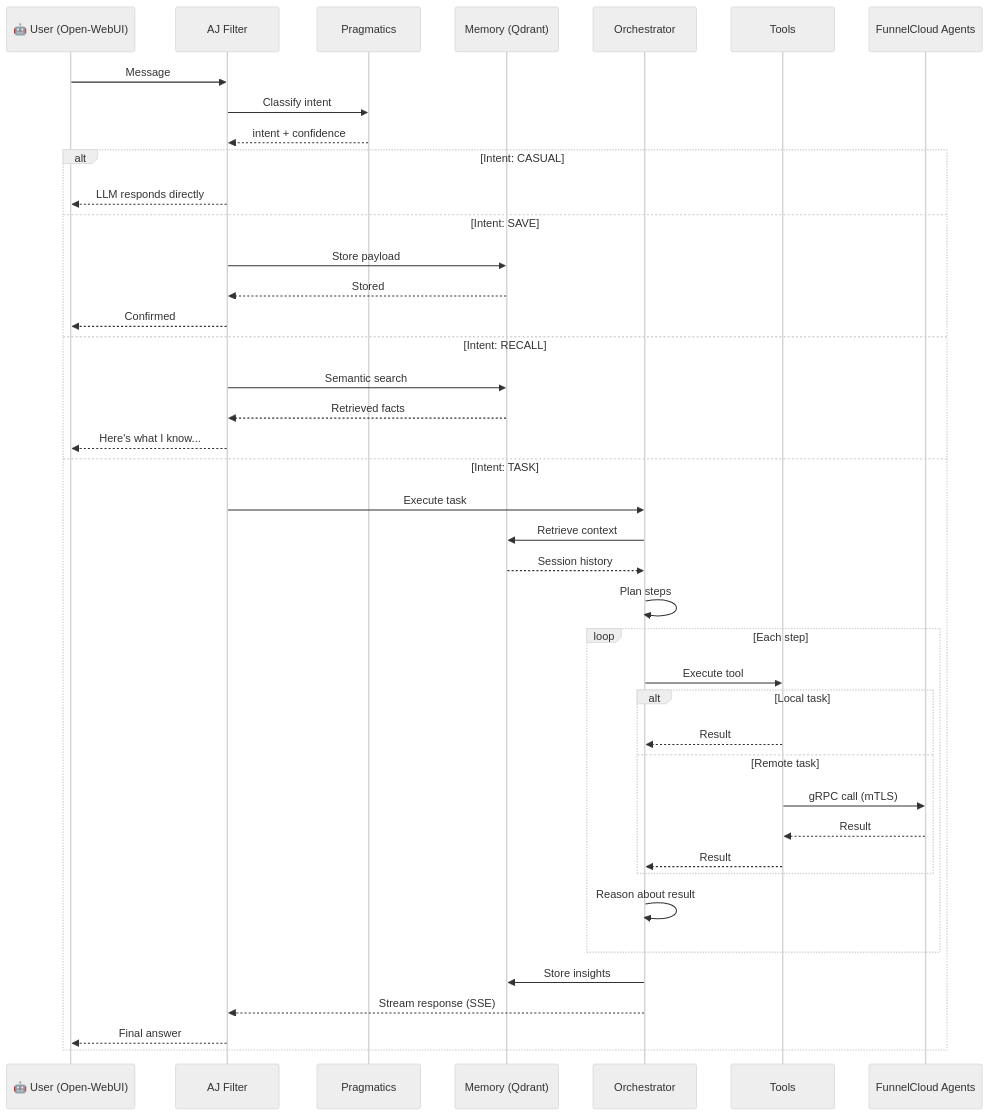
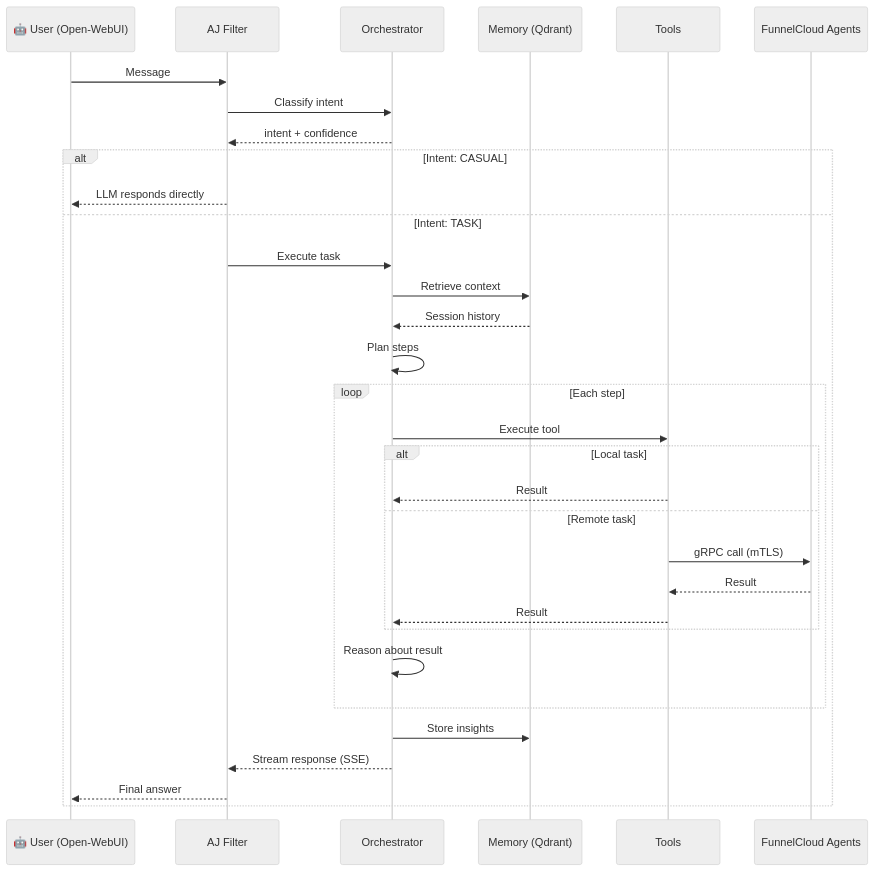
The first of 4 diagrams in README.md (ianwesterfield/aj.westerfield.cloud), drawn with Mermaid (neutral theme) before and after one commit. The commit also changed other lines of this file and 36 other files, not shown here.

````diff
--- a/README.md
+++ b/README.md
@@ -71,45 +71,36 @@
 ```mermaid
 sequenceDiagram
     participant U as 🤖 User (Open-WebUI)
     participant F as AJ Filter
-    participant P as Pragmatics
+    participant O as Orchestrator
     participant M as Memory (Qdrant)
-    participant O as Orchestrator
     participant T as Tools
     participant A as FunnelCloud Agents
 
     U->>F: Message
-    F->>P: Classify intent
-    P-->>F: intent + confidence
+    F->>O: Classify intent
+    O-->>F: intent + confidence
 
     alt Intent: CASUAL
         F-->>U: LLM responds directly
-    else Intent: SAVE
-        F->>M: Store payload
-        M-->>F: Stored
-        F-->>U: Confirmed
-    else Intent: RECALL
-        F->>M: Semantic search
-        M-->>F: Retrieved facts
-        F-->>U: Here's what I know...
     else Intent: TASK
         F->>O: Execute task
         O->>M: Retrieve context
         M-->>O: Session history
         O->>O: Plan steps
         loop Each step
             O->>T: Execute tool
             alt Local task
                 T-->>O: Result
             else Remote task
                 T->>A: gRPC call (mTLS)
                 A-->>T: Result
                 T-->>O: Result
             end
             O->>O: Reason about result
         end
         O->>M: Store insights
         O-->>F: Stream response (SSE)
         F-->>U: Final answer
     end
 ```
````
